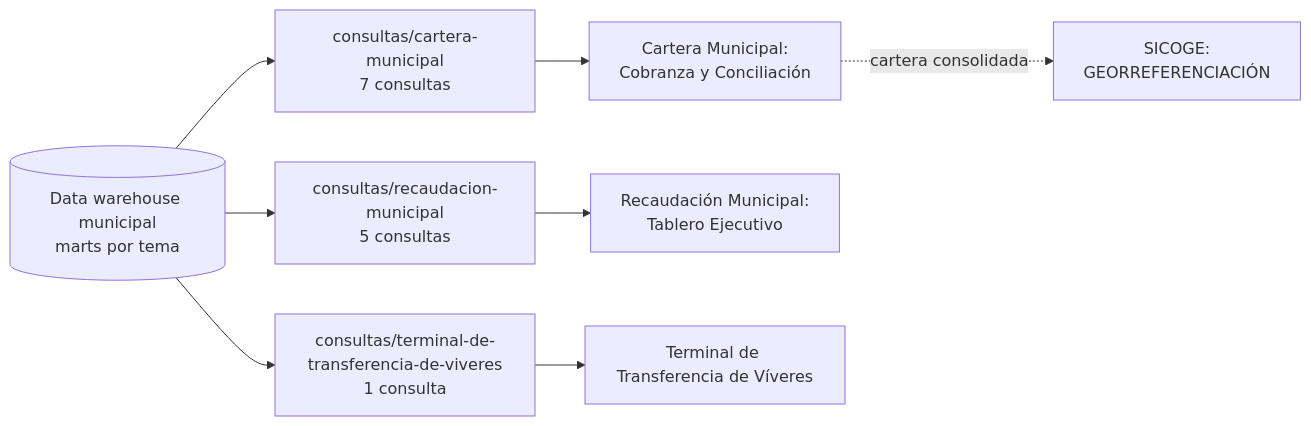
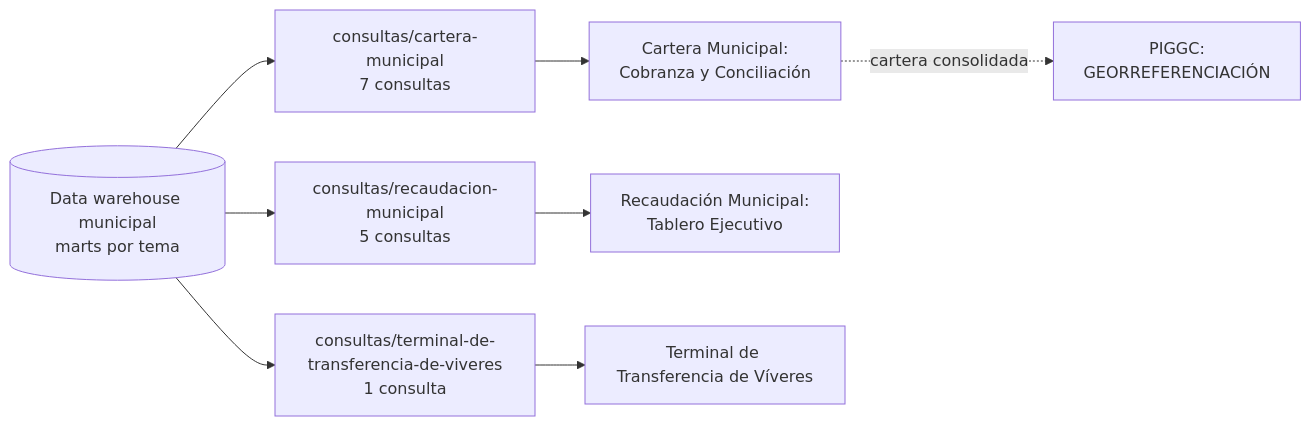
The diagram in consultas/README.md (jamil73jev/Dashboards-de-Power-BI), drawn with Mermaid before and after one commit. The commit also changed other lines of this file and 4 other files, not shown here.

````diff
--- a/consultas/README.md
+++ b/consultas/README.md
@@ -9,11 +9,11 @@
 ```mermaid
 flowchart LR
     DW[("Data warehouse municipal<br/>marts por tema")]
     DW --> Q1["consultas/cartera-municipal<br/>7 consultas"]
     DW --> Q2["consultas/recaudacion-municipal<br/>5 consultas"]
     DW --> Q3["consultas/terminal-de-transferencia-de-viveres<br/>1 consulta"]
     Q1 --> D1["Cartera Municipal:<br/>Cobranza y Conciliación"]
     Q2 --> D2["Recaudación Municipal:<br/>Tablero Ejecutivo"]
     Q3 --> D3["Terminal de Transferencia de Víveres"]
-    D1 -.->|"cartera consolidada"| S["SICOGE:<br/>GEORREFERENCIACIÓN"]
+    D1 -.->|"cartera consolidada"| S["PIGGC:<br/>GEORREFERENCIACIÓN"]
 ```
````
